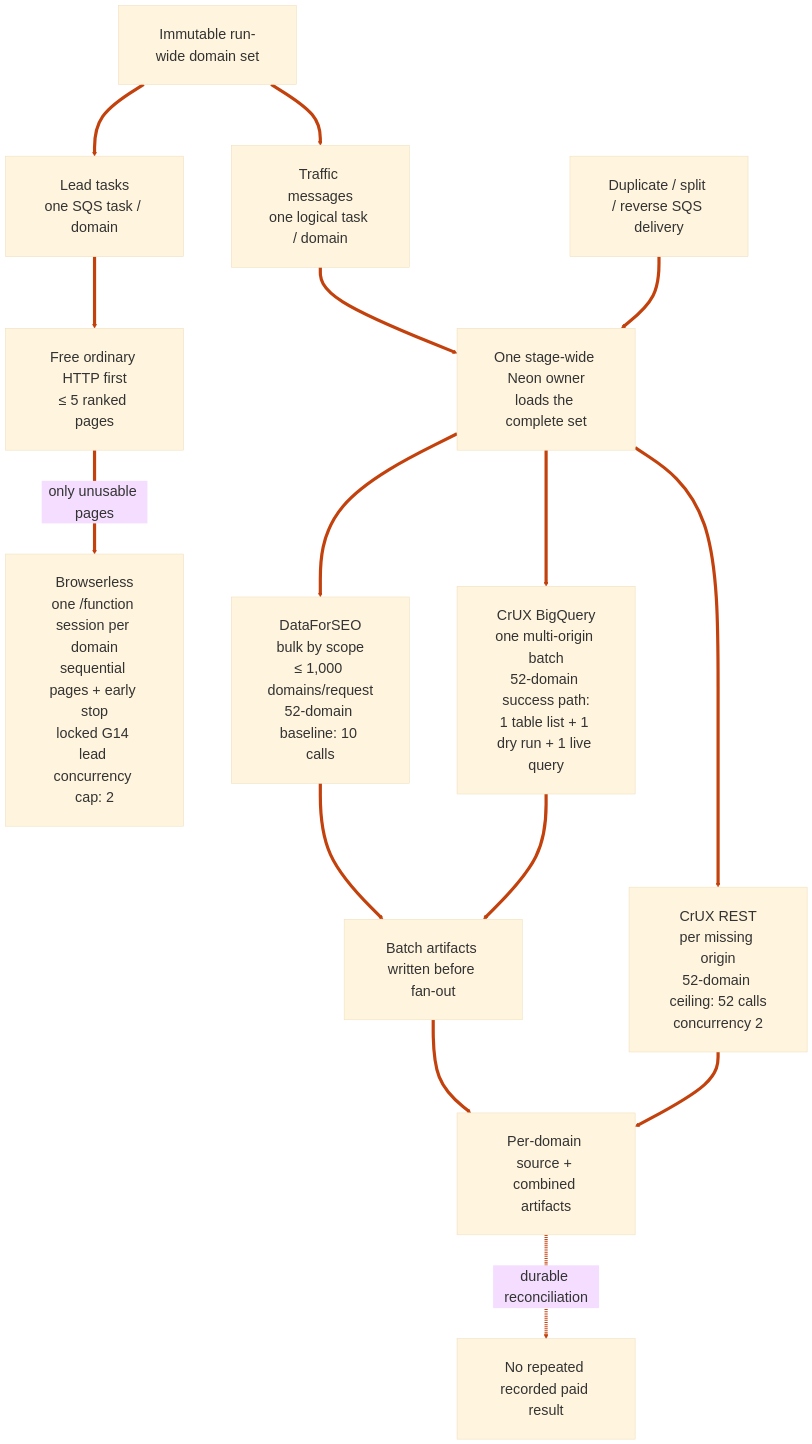
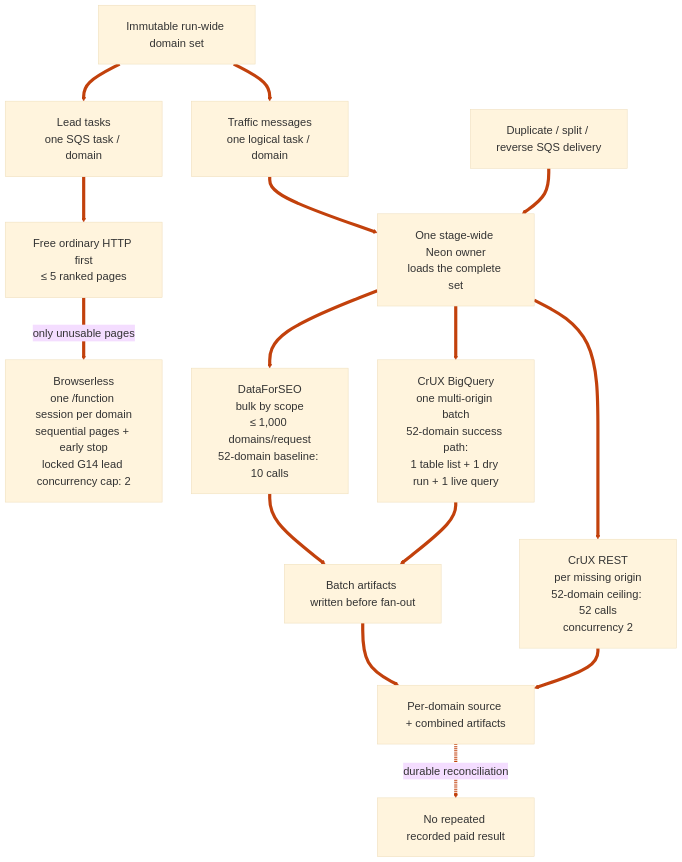
Before and after one commit to haritchowdhury/ShopSniper: the seventh of 8 diagrams in IMPLEMENTED_AWS_PIPELINE_ARCHITECTURE.md, drawn with Mermaid. The commit also changed other lines of this file, not shown here.

````diff
--- a/IMPLEMENTED_AWS_PIPELINE_ARCHITECTURE.md
+++ b/IMPLEMENTED_AWS_PIPELINE_ARCHITECTURE.md
@@ -403,24 +403,24 @@
 ```mermaid
-%%{init: {"theme":"base","themeVariables":{"fontFamily":"Arial, sans-serif","fontSize":"27px","lineColor":"#c2410c"},"flowchart":{"curve":"basis","nodeSpacing":90,"rankSpacing":115,"diagramPadding":50,"padding":34,"htmlLabels":true,"useMaxWidth":false}}}%%
+%%{init: {"theme":"base","themeVariables":{"fontFamily":"Arial, sans-serif","fontSize":"21px","lineColor":"#c2410c"},"flowchart":{"curve":"basis","nodeSpacing":55,"rankSpacing":70,"padding":24,"htmlLabels":true,"useMaxWidth":true}}}%%
 flowchart TB
     DOMAINS["Immutable run-wide domain set"]
 
     DOMAINS --> LEADS["Lead tasks<br/>one SQS task / domain"]
     LEADS --> HTTP2["Free ordinary HTTP first<br/>≤ 5 ranked pages"]
     HTTP2 -->|"only unusable pages"| BL2["Browserless<br/>one /function session per domain<br/>sequential pages + early stop<br/>locked G14 lead concurrency cap: 2"]
 
     DOMAINS --> TRIGGERS["Traffic messages<br/>one logical task / domain"]
     TRIGGERS --> OWNER2["One stage-wide Neon owner<br/>loads the complete set"]
     OWNER2 --> DFS2["DataForSEO<br/>bulk by scope<br/>≤ 1,000 domains/request<br/>52-domain baseline: 10 calls"]
     OWNER2 --> REST2["CrUX REST<br/>per missing origin<br/>52-domain ceiling: 52 calls<br/>concurrency 2"]
     OWNER2 --> BQ2["CrUX BigQuery<br/>one multi-origin batch<br/>52-domain success path:<br/>1 table list + 1 dry run + 1 live query"]
 
     DFS2 --> BATCH["Batch artifacts written before fan-out"]
     BQ2 --> BATCH
     BATCH --> PER_DOMAIN["Per-domain source + combined artifacts"]
     REST2 --> PER_DOMAIN
 
     RETRY["Duplicate / split / reverse SQS delivery"] --> OWNER2
     PER_DOMAIN -. "durable reconciliation" .-> NOCALL["No repeated recorded paid result"]
     linkStyle default stroke:#c2410c,stroke-width:6px;
 ```
````
